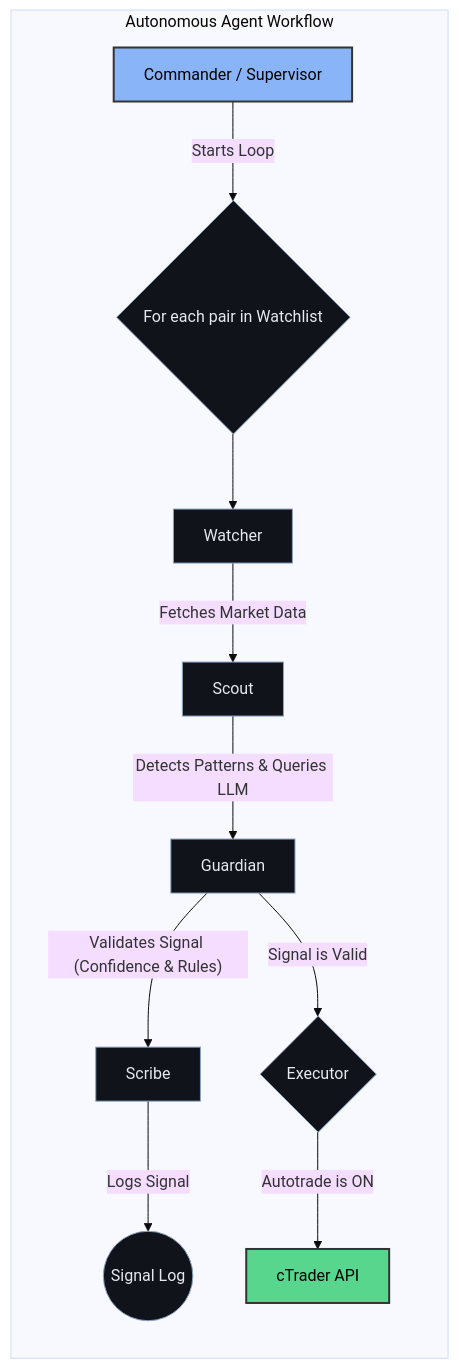
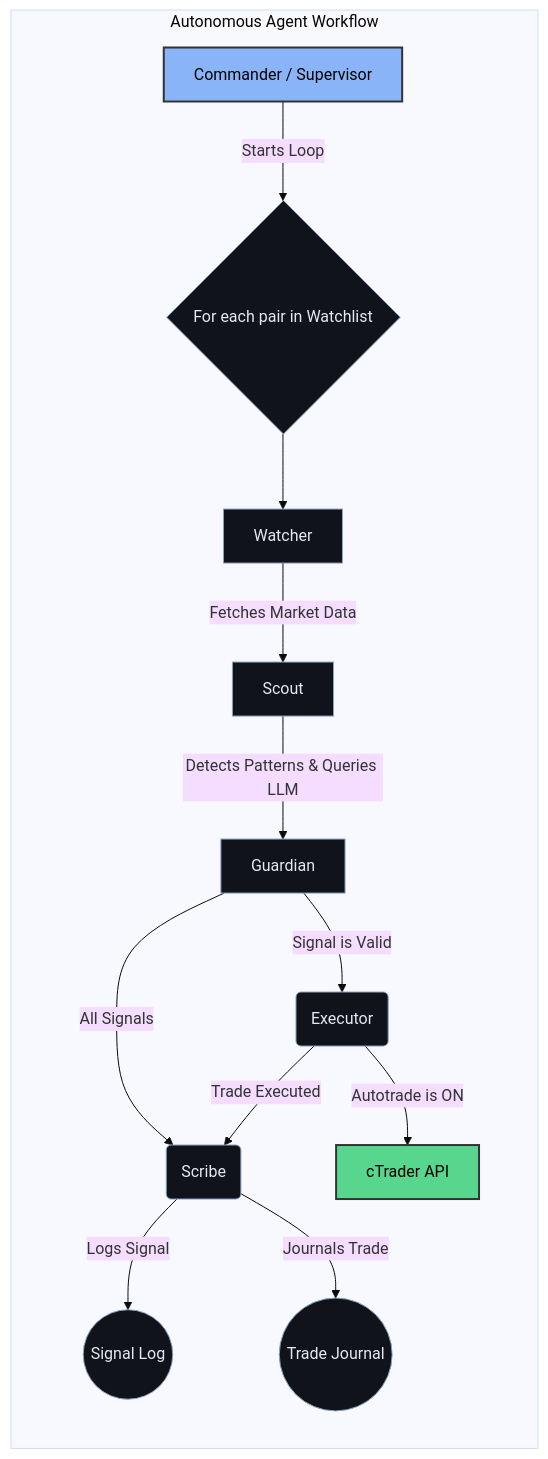
One commit to maghdam/GenAI-MultiAgent-TradingSystem changed the diagram in README.md. Above: the diagram before and after it, drawn with Mermaid (base theme).

````diff
--- a/README.md
+++ b/README.md
@@ -44,20 +44,23 @@
 ```mermaid
 graph TD
     subgraph "Autonomous Agent Workflow"
-    
         direction TB
 
         A[Commander / Supervisor] -- "Starts Loop" --> B{For each pair in Watchlist};
         B --> C[Watcher];
         C -- "Fetches Market Data" --> D[Scout];
         D -- "Detects Patterns & Queries LLM" --> E[Guardian];
-        E -- "Validates Signal (Confidence & Rules)" --> F[Scribe];
+        
+        E -- "All Signals" --> F(Scribe);
         F -- "Logs Signal" --> G((Signal Log));
-        E -- "Signal is Valid" --> H{Executor};
+        
+        E -- "Signal is Valid" --> H(Executor);
         H -- "Autotrade is ON" --> I[cTrader API];
+        H -- "Trade Executed" --> F;
+        F -- "Journals Trade" --> J((Trade Journal));
     end
 
     style A fill:#8ab4f8,stroke:#333,stroke-width:2px,color:#000
     style I fill:#58d68d,stroke:#333,stroke-width:2px,color:#000
     classDef default fill:#11131a,stroke:#8aa1c1,color:#e5e9f0;
 ```
````
